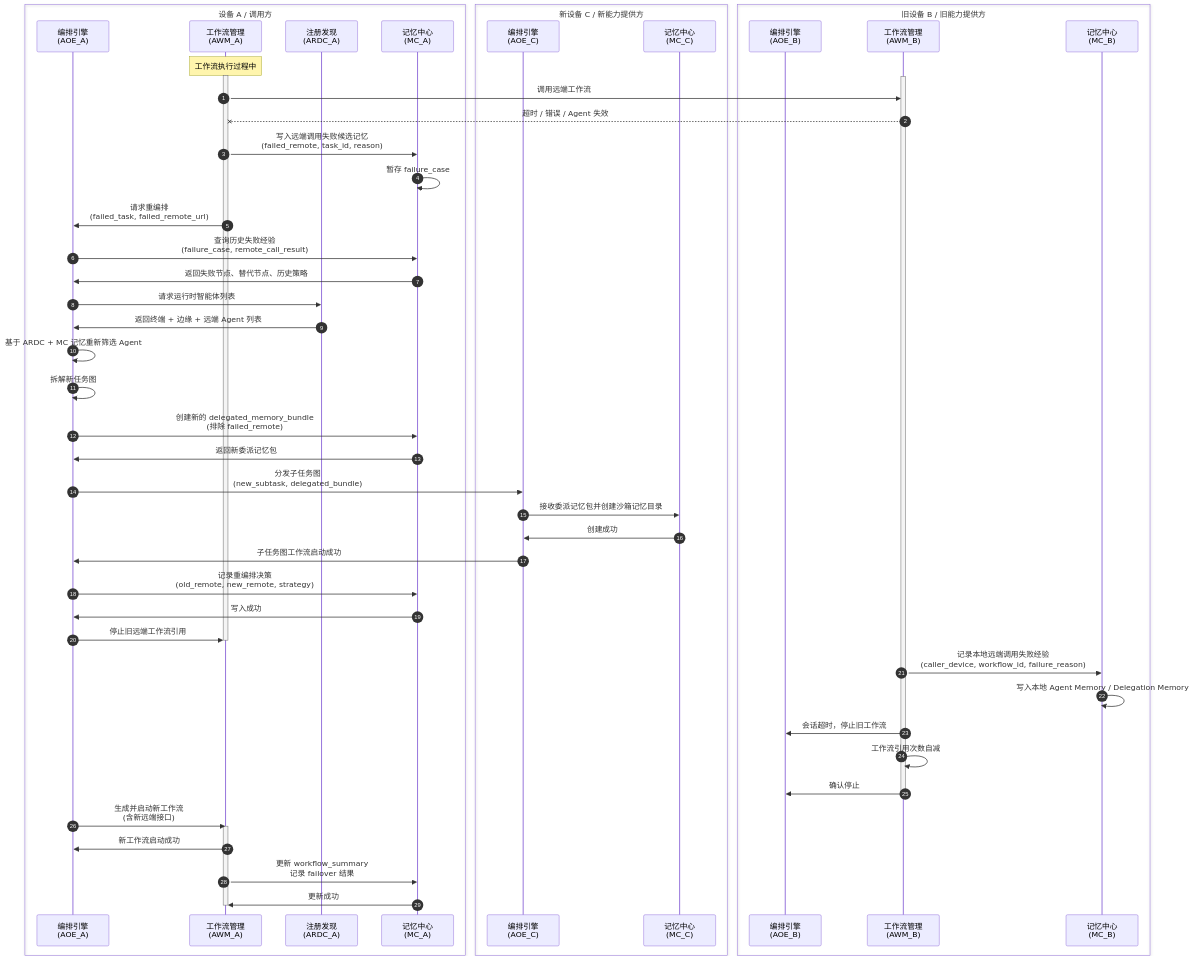
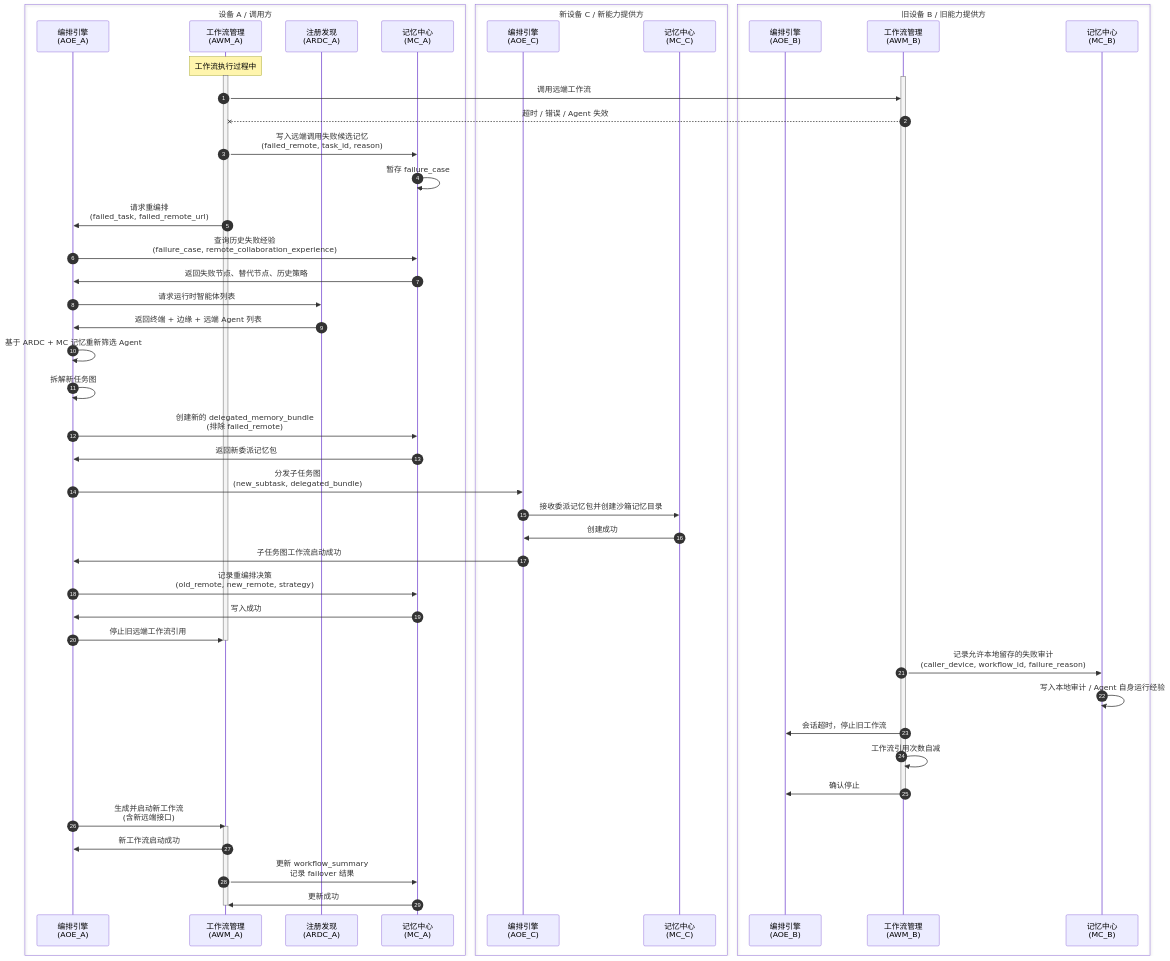
One commit to yezzze/Autonomous-Transportation-System changed the fourth of 8 diagrams in 接口/智能体编排层接口流程v2.md. Above: the diagram before and after it, drawn with Mermaid. The commit also changed other lines of this file and 5 other files, not shown here.

````diff
--- a/接口/智能体编排层接口流程v2.md
+++ b/接口/智能体编排层接口流程v2.md
@@ -318,75 +323,75 @@
 ```mermaid
 sequenceDiagram
 autonumber
 
 box 设备 A / 调用方
     participant A_AOE as 编排引擎<br>(AOE_A)
     participant A_AWM as 工作流管理<br>(AWM_A)
     participant A_ARDC as 注册发现<br>(ARDC_A)
     participant A_MC as 记忆中心<br>(MC_A)
 end
 
 box 新设备 C / 新能力提供方
     participant C_AOE as 编排引擎<br>(AOE_C)
     participant C_MC as 记忆中心<br>(MC_C)
 end
 
 box 旧设备 B / 旧能力提供方
     participant B_AOE as 编排引擎<br>(AOE_B)
     participant B_AWM as 工作流管理<br>(AWM_B)
     participant B_MC as 记忆中心<br>(MC_B)
 end
 
 note over A_AWM: 工作流执行过程中
 
 activate A_AWM
 activate B_AWM
 
 A_AWM->>B_AWM: 调用远端工作流
 B_AWM--xA_AWM: 超时 / 错误 / Agent 失效
 
 A_AWM->>A_MC: 写入远端调用失败候选记忆<br>(failed_remote, task_id, reason)
 A_MC->>A_MC: 暂存 failure_case
 
 A_AWM->>A_AOE: 请求重编排<br>(failed_task, failed_remote_url)
 
-A_AOE->>A_MC: 查询历史失败经验<br>(failure_case, remote_call_result)
+A_AOE->>A_MC: 查询历史失败经验<br>(failure_case, remote_collaboration_experience)
 A_MC->>A_AOE: 返回失败节点、替代节点、历史策略
 
 A_AOE->>A_ARDC: 请求运行时智能体列表
 A_ARDC->>A_AOE: 返回终端 + 边缘 + 远端 Agent 列表
 
 A_AOE->>A_AOE: 基于 ARDC + MC 记忆重新筛选 Agent
 A_AOE->>A_AOE: 拆解新任务图
 
 A_AOE->>A_MC: 创建新的 delegated_memory_bundle<br>(排除 failed_remote)
 A_MC->>A_AOE: 返回新委派记忆包
 
 A_AOE->>C_AOE: 分发子任务图<br>(new_subtask, delegated_bundle)
 C_AOE->>C_MC: 接收委派记忆包并创建沙箱记忆目录
 C_MC->>C_AOE: 创建成功
 C_AOE->>A_AOE: 子任务图工作流启动成功
 
 A_AOE->>A_MC: 记录重编排决策<br>(old_remote, new_remote, strategy)
 A_MC->>A_AOE: 写入成功
 
 A_AOE->>A_AWM: 停止旧远端工作流引用
 deactivate A_AWM
 
-B_AWM->>B_MC: 记录本地远端调用失败经验<br>(caller_device, workflow_id, failure_reason)
-B_MC->>B_MC: 写入本地 Agent Memory / Delegation Memory
+B_AWM->>B_MC: 记录允许本地留存的失败审计<br>(caller_device, workflow_id, failure_reason)
+B_MC->>B_MC: 写入本地审计 / Agent 自身运行经验
 
 B_AWM->>B_AOE: 会话超时，停止旧工作流
 B_AWM->>B_AWM: 工作流引用次数自减
 B_AWM->>B_AOE: 确认停止
 deactivate B_AWM
 
 A_AOE->>A_AWM: 生成并启动新工作流<br>(含新远端接口)
 activate A_AWM
 
 A_AWM->>A_AOE: 新工作流启动成功
 A_AWM->>A_MC: 更新 workflow_summary<br>记录 failover 结果
 A_MC->>A_AWM: 更新成功
 
 deactivate A_AWM
 ```
````
